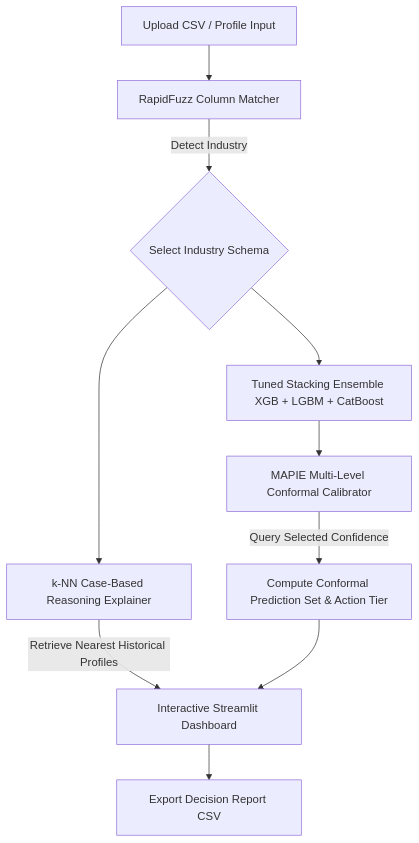
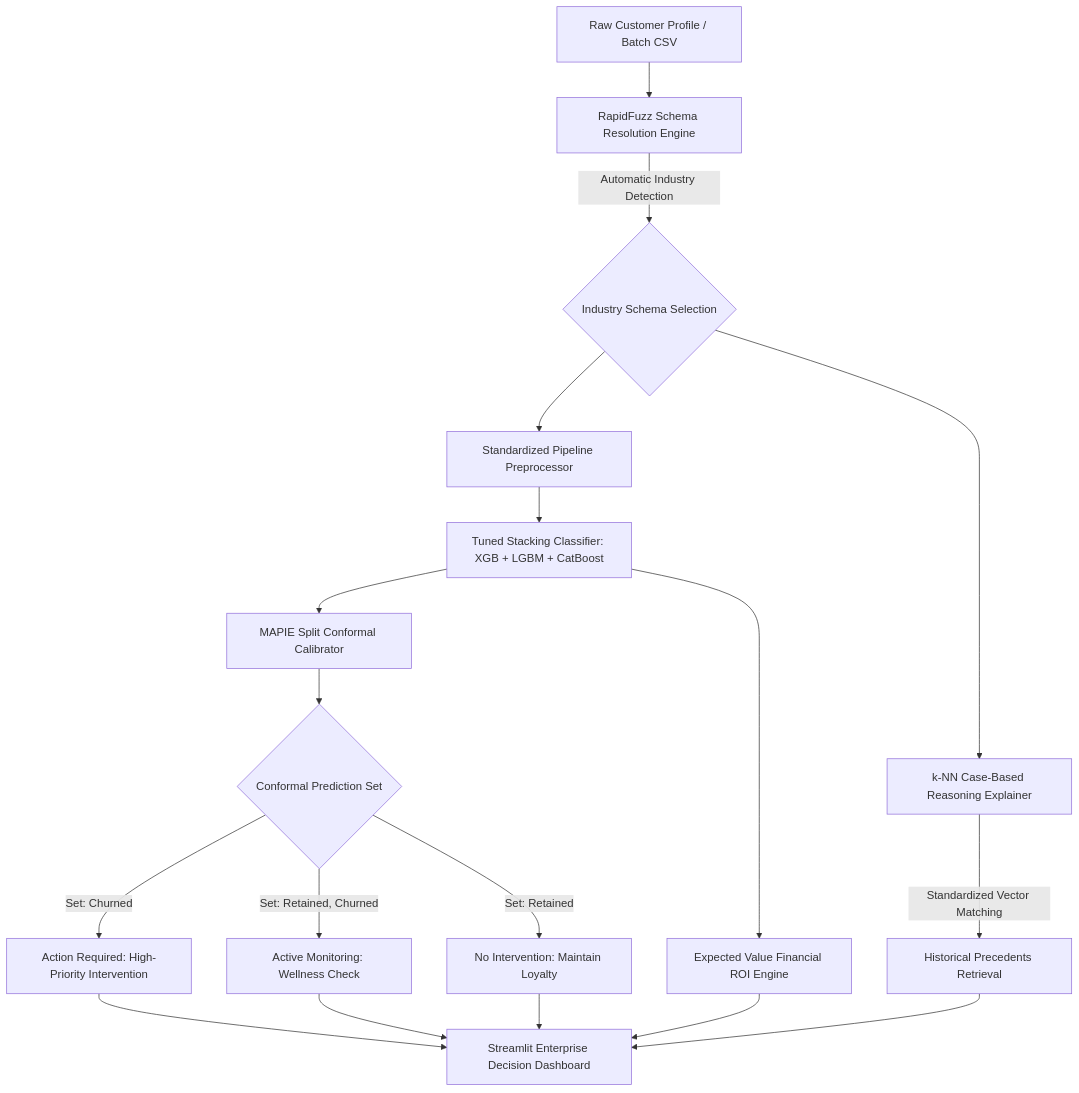
Before and after one commit to saranlab/LoyalScale: the diagram in README.md, drawn with Mermaid. The commit also changed other lines of this file and 3 other files, not shown here.

Commit message:
feat(decision-roi): add expected value framework, enterprise readme, and ci pipeline

````diff
--- a/README.md
+++ b/README.md
@@ -27,12 +53,20 @@
 ```mermaid
 graph TD
-    A[Upload CSV / Profile Input] --> B[RapidFuzz Column Matcher]
-    B -->|Detect Industry| C{Select Industry Schema}
-    C --> D[Tuned Stacking Ensemble XGB + LGBM + CatBoost]
-    D --> F[MAPIE Multi-Level Conformal Calibrator]
-    F -->|Query Selected Confidence| G[Compute Conformal Prediction Set & Action Tier]
-    C --> K[k-NN Case-Based Reasoning Explainer]
-    K -->|Retrieve Nearest Historical Profiles| H[Interactive Streamlit Dashboard]
-    G --> H
-    H --> I[Export Decision Report CSV]
+    A[Raw Customer Profile / Batch CSV] --> B[RapidFuzz Schema Resolution Engine]
+    B -->|Automatic Industry Detection| C{Industry Schema Selection}
+    C --> D[Standardized Pipeline Preprocessor]
+    D --> E[Tuned Stacking Classifier: XGB + LGBM + CatBoost]
+    E --> F[MAPIE Split Conformal Calibrator]
+    F --> G{Conformal Prediction Set}
+    G -->|Set: Churned| H1[Action Required: High-Priority Intervention]
+    G -->|Set: Retained, Churned| H2[Active Monitoring: Wellness Check]
+    G -->|Set: Retained| H3[No Intervention: Maintain Loyalty]
+    C --> I[k-NN Case-Based Reasoning Explainer]
+    I -->|Standardized Vector Matching| J[Historical Precedents Retrieval]
+    E --> K[Expected Value Financial ROI Engine]
+    H1 --> L[Streamlit Enterprise Decision Dashboard]
+    H2 --> L
+    H3 --> L
+    J --> L
+    K --> L
 ```
````
